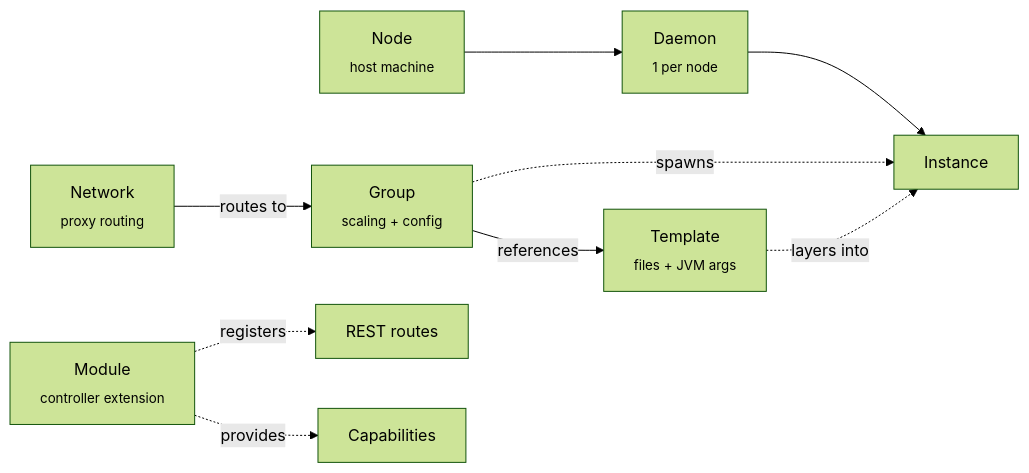
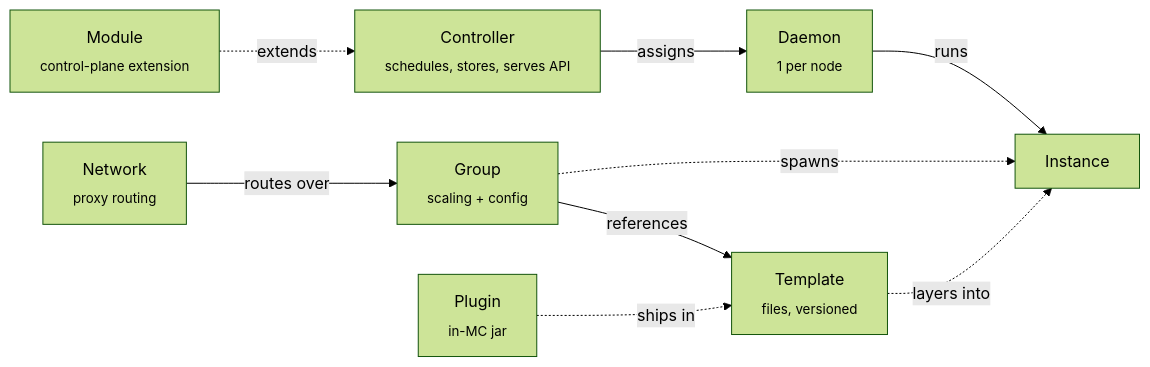
Before and after one commit to PrexorJustin/prexorcloud: the diagram in docs/public/en/getting-started/core-concepts.md, drawn with Mermaid (forest theme). The commit also changed other lines of this file and 20 other files, not shown here.

````diff
--- a/docs/public/en/getting-started/core-concepts.md
+++ b/docs/public/en/getting-started/core-concepts.md
@@ -19,11 +27,11 @@
 ```mermaid
 flowchart LR
-  Node["Node<br/><sub>host machine</sub>"] --> Daemon
-  Daemon["Daemon<br/><sub>1 per node</sub>"] --> Instance
+  Controller["Controller<br/><sub>schedules, stores, serves API</sub>"] -- assigns --> Daemon
+  Daemon["Daemon<br/><sub>1 per node</sub>"] -- runs --> Instance
   Group["Group<br/><sub>scaling + config</sub>"] -. spawns .-> Instance
-  Template["Template<br/><sub>files + JVM args</sub>"] -. layers into .-> Instance
+  Template["Template<br/><sub>files, versioned</sub>"] -. layers into .-> Instance
   Group -- references --> Template
-  Network["Network<br/><sub>proxy routing</sub>"] -- routes to --> Group
-  Module["Module<br/><sub>controller extension</sub>"] -. registers .-> RestRoutes["REST routes"]
-  Module -. provides .-> Capabilities["Capabilities"]
+  Network["Network<br/><sub>proxy routing</sub>"] -- routes over --> Group
+  Plugin["Plugin<br/><sub>in-MC jar</sub>"] -. ships in .-> Template
+  Module["Module<br/><sub>control-plane extension</sub>"] -. extends .-> Controller
 ```
````
